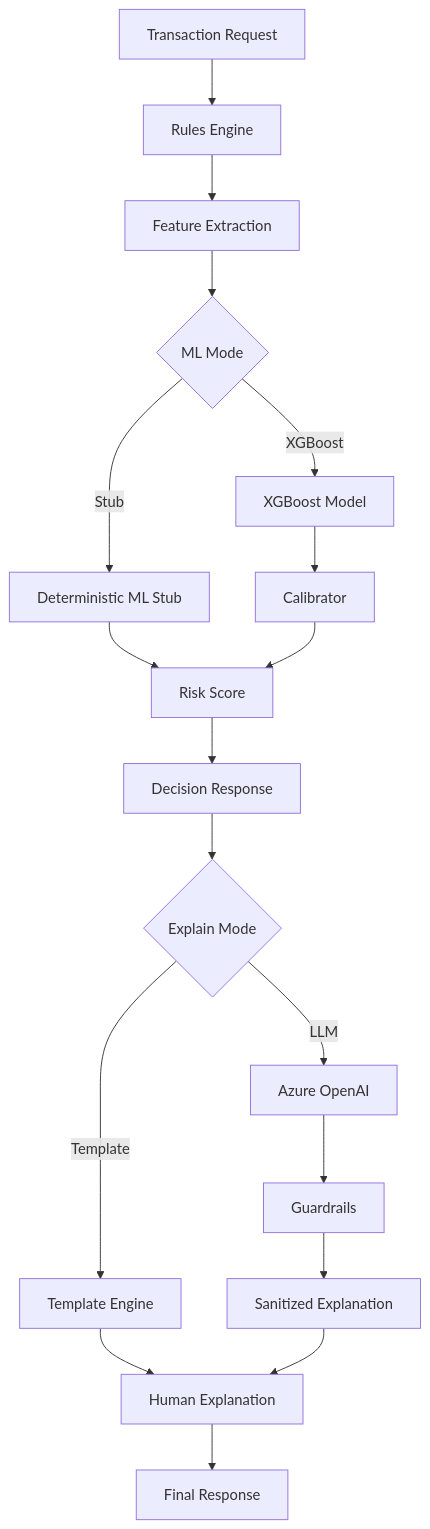
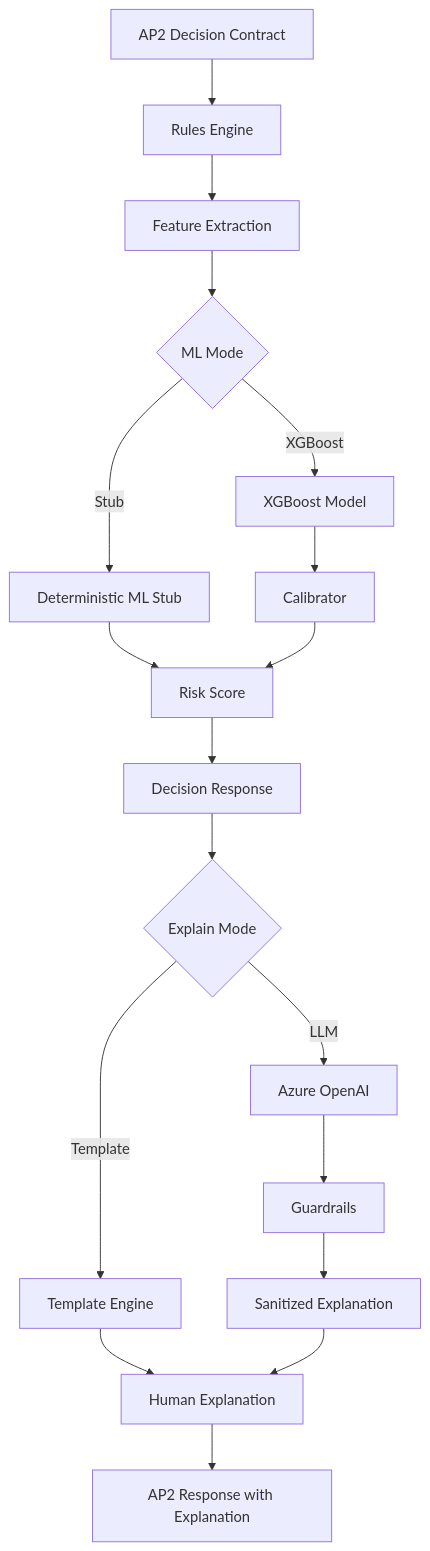
One commit to ahsanazmi1/orca changed the first of 2 diagrams in docs/phase2_explainability.md. Above: the diagram before and after it, drawn with Mermaid. The commit also changed other lines of this file and 153 other files, not shown here.

````diff
--- a/docs/phase2_explainability.md
+++ b/docs/phase2_explainability.md
@@ -11,20 +11,20 @@
 ```mermaid
 graph TD
-    A[Transaction Request] --> B[Rules Engine]
+    A[AP2 Decision Contract] --> B[Rules Engine]
     B --> C[Feature Extraction]
     C --> D{ML Mode}
     D -->|Stub| E[Deterministic ML Stub]
     D -->|XGBoost| F[XGBoost Model]
     E --> G[Risk Score]
     F --> H[Calibrator]
     H --> G
     G --> I[Decision Response]
     I --> J{Explain Mode}
     J -->|Template| K[Template Engine]
     J -->|LLM| L[Azure OpenAI]
     K --> M[Human Explanation]
     L --> N[Guardrails]
     N --> O[Sanitized Explanation]
     O --> M
-    M --> P[Final Response]
+    M --> P[AP2 Response with Explanation]
 ```
````
